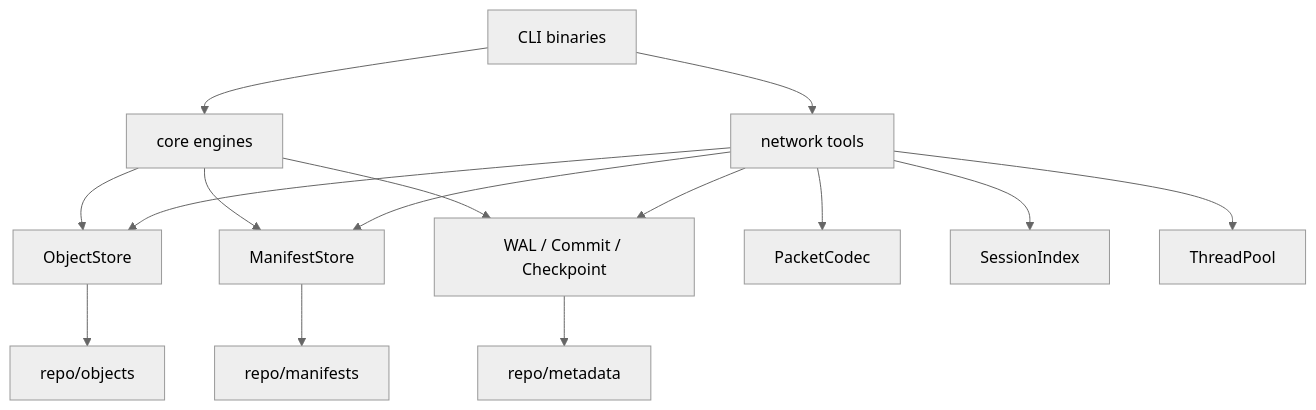
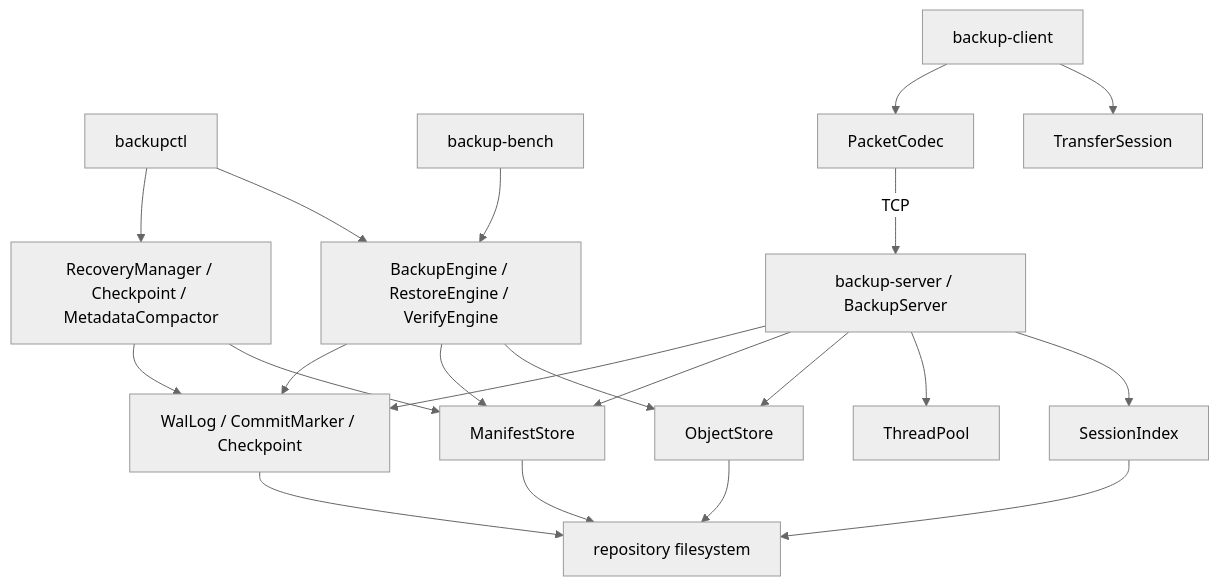
The diagram in docs/architecture.md (JiaChangGit/cpp-data-protection-core), drawn with Mermaid (neutral theme) before and after one commit. The commit also changed other lines of this file and 23 other files, not shown here.

````diff
--- a/docs/architecture.md
+++ b/docs/architecture.md
@@ -17,17 +17,23 @@
 ```mermaid
 flowchart TD
-    CLI["CLI binaries"] --> Core["core engines"]
-    CLI --> Net["network tools"]
-    Core --> Obj["ObjectStore"]
-    Core --> Man["ManifestStore"]
-    Core --> Meta["WAL / Commit / Checkpoint"]
-    Net --> Codec["PacketCodec"]
-    Net --> Session["SessionIndex"]
-    Net --> Obj
-    Net --> Man
-    Net --> Meta
-    Net --> Pool["ThreadPool"]
-    Obj --> Repo["repo/objects"]
-    Man --> RepoMan["repo/manifests"]
-    Meta --> RepoMeta["repo/metadata"]
+    CTL["backupctl"] --> Local["BackupEngine / RestoreEngine / VerifyEngine"]
+    CTL --> MetaCLI["RecoveryManager / Checkpoint / MetadataCompactor"]
+    Bench["backup-bench"] --> Local
+    Client["backup-client"] --> TS["TransferSession"]
+    Client --> Codec["PacketCodec"]
+    Codec -->|"TCP"| Server["backup-server / BackupServer"]
+    Server --> SI["SessionIndex"]
+    Server --> Pool["ThreadPool"]
+    Local --> OS["ObjectStore"]
+    Local --> MS["ManifestStore"]
+    Local --> Meta["WalLog / CommitMarker / Checkpoint"]
+    Server --> OS
+    Server --> MS
+    Server --> Meta
+    MetaCLI --> MS
+    MetaCLI --> Meta
+    OS --> Repo["repository filesystem"]
+    MS --> Repo
+    Meta --> Repo
+    SI --> Repo
 ```
````
